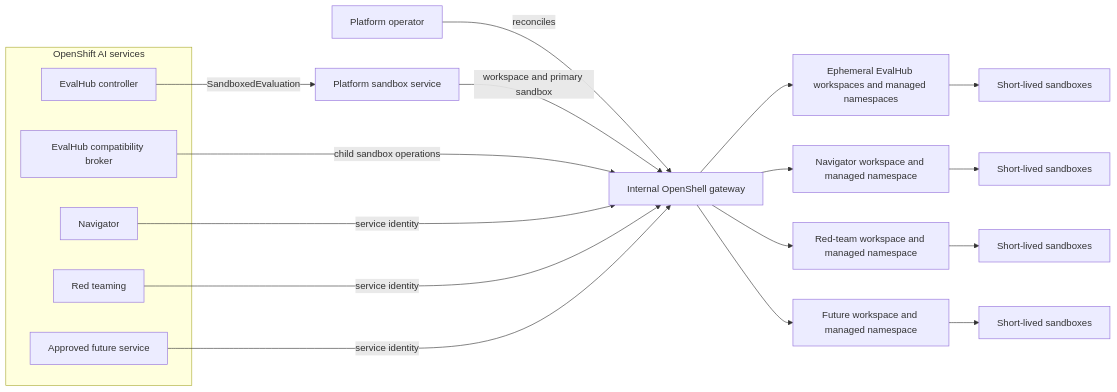
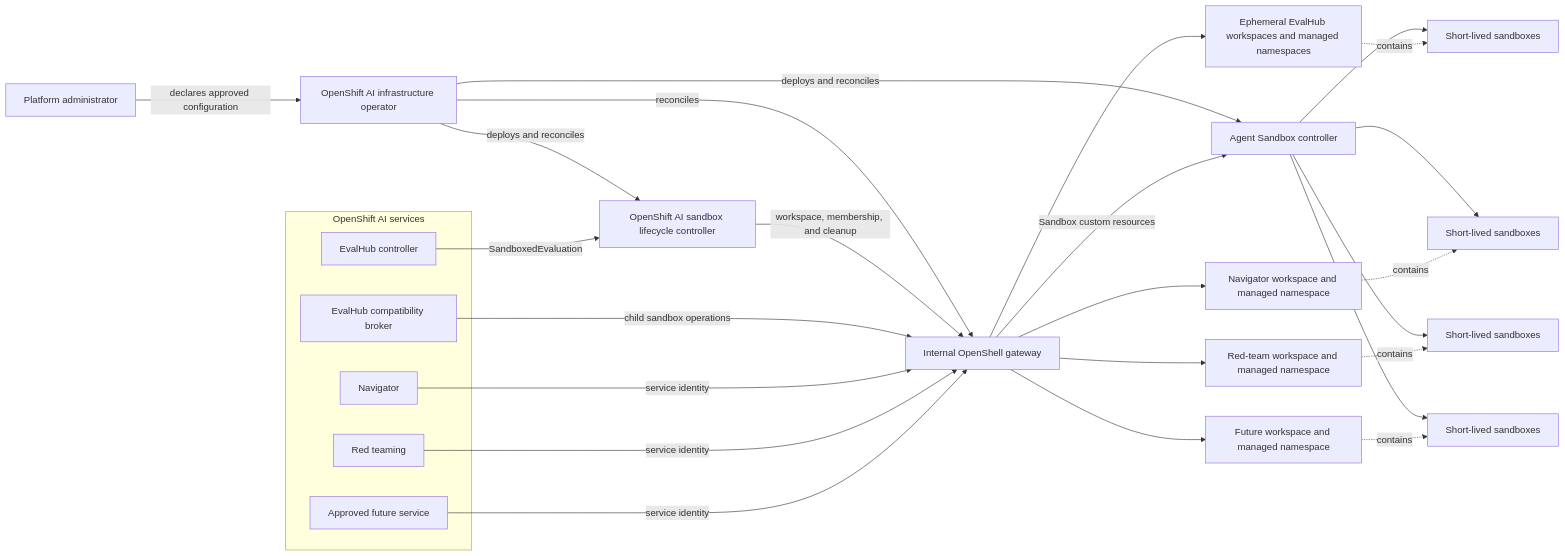
Before and after one commit to opendatahub-io/architecture-decision-records: the diagram in architecture-decision-records/operator/ODH-ADR-Operator-0021-internal-openshell-gateway.md, drawn with Mermaid. The commit also changed other lines of this file, not shown here.

Commit message:
clarified some terminology because operator and controller were too vague

````diff
--- a/architecture-decision-records/operator/ODH-ADR-Operator-0021-internal-openshell-gateway.md
+++ b/architecture-decision-records/operator/ODH-ADR-Operator-0021-internal-openshell-gateway.md
@@ -159,28 +172,41 @@
 ```mermaid
 flowchart LR
+    PA[Platform administrator]
+    IO[OpenShift AI infrastructure operator]
+    SLC[OpenShift AI sandbox lifecycle controller]
+    ASC[Agent Sandbox controller]
+
     subgraph consumers["OpenShift AI services"]
         EH[EvalHub controller]
         EHB[EvalHub compatibility broker]
         NAV[Navigator]
         RT[Red teaming]
         OTHER[Approved future service]
     end
 
-    OP[Platform operator] -->|reconciles| GW[Internal OpenShell gateway]
-    EH -->|SandboxedEvaluation| PS[Platform sandbox service]
-    PS -->|workspace and primary sandbox| GW
+    PA -->|declares approved configuration| IO
+    IO -->|reconciles| GW[Internal OpenShell gateway]
+    IO -->|deploys and reconciles| SLC
+    IO -->|deploys and reconciles| ASC
+    EH -->|SandboxedEvaluation| SLC
+    SLC -->|workspace, membership, and cleanup| GW
     EHB -->|child sandbox operations| GW
     NAV -->|service identity| GW
     RT -->|service identity| GW
     OTHER -->|service identity| GW
 
+    GW -->|Sandbox custom resources| ASC
     GW --> EHW[Ephemeral EvalHub workspaces and managed namespaces]
     GW --> NAVW[Navigator workspace and managed namespace]
     GW --> RTW[Red-team workspace and managed namespace]
     GW --> OW[Future workspace and managed namespace]
 
-    EHW --> EHS[Short-lived sandboxes]
-    NAVW --> NAVS[Short-lived sandboxes]
-    RTW --> RTS[Short-lived sandboxes]
-    OW --> OS[Short-lived sandboxes]
+    ASC --> EHS[Short-lived sandboxes]
+    ASC --> NAVS[Short-lived sandboxes]
+    ASC --> RTS[Short-lived sandboxes]
+    ASC --> OS[Short-lived sandboxes]
+    EHW -. contains .-> EHS
+    NAVW -. contains .-> NAVS
+    RTW -. contains .-> RTS
+    OW -. contains .-> OS
 ```
````
